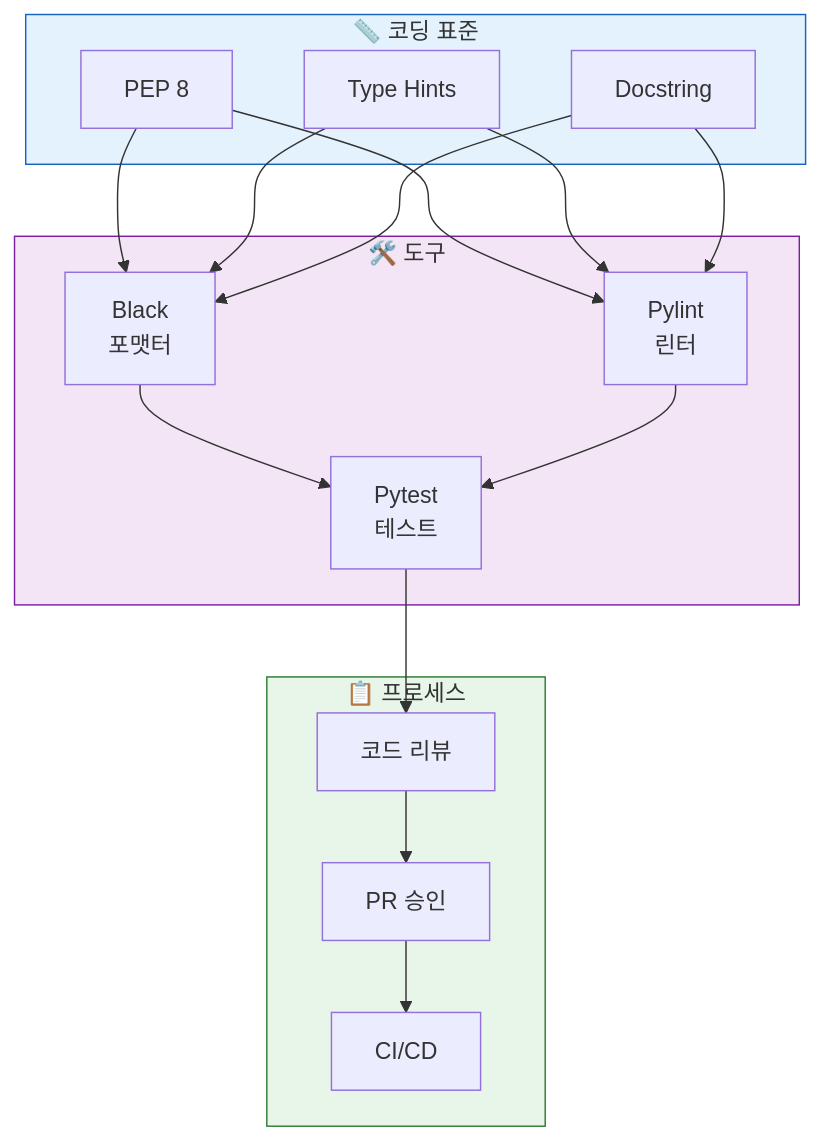
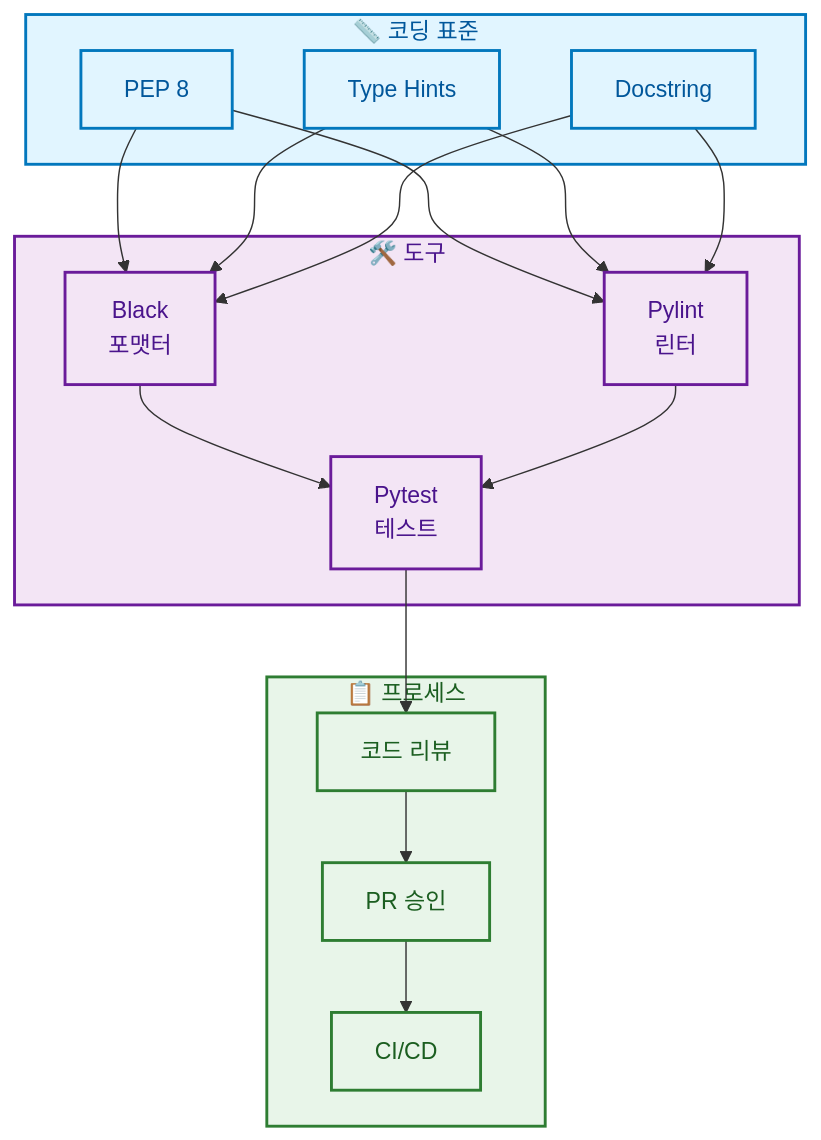
Before and after one commit to AIBootcamp14/langchainproject-new-langchainproject_5: the sixth of 6 diagrams in docs/PPT/03_개발_및_구현.md, drawn with Mermaid. The commit also changed other lines of this file and 5 other files, not shown here.

First line of the commit message:
style(docs): PPT 문서에 mermaid 스타일 가이드 적용

````diff
--- a/docs/PPT/03_개발_및_구현.md
+++ b/docs/PPT/03_개발_및_구현.md
@@ -371,28 +420,40 @@
 ```mermaid
 graph TB
     subgraph Standards["📏 코딩 표준"]
         S1[PEP 8]
         S2[Type Hints]
         S3[Docstring]
     end
 
     subgraph Tools["🛠️ 도구"]
         T1[Black<br/>포맷터]
         T2[Pylint<br/>린터]
         T3[Pytest<br/>테스트]
     end
 
     subgraph Process["📋 프로세스"]
         P1[코드 리뷰]
         P2[PR 승인]
         P3[CI/CD]
     end
 
     S1 & S2 & S3 --> T1 & T2
     T1 & T2 --> T3
     T3 --> P1 --> P2 --> P3
 
-    style Standards fill:#e3f2fd,stroke:#1565c0
-    style Tools fill:#f3e5f5,stroke:#7b1fa2
-    style Process fill:#e8f5e9,stroke:#2e7d32
+    style Standards fill:#e1f5ff,stroke:#0277bd,stroke-width:2px,color:#01579b
+    style Tools fill:#f3e5f5,stroke:#6a1b9a,stroke-width:2px,color:#4a148c
+    style Process fill:#e8f5e9,stroke:#2e7d32,stroke-width:2px,color:#1b5e20
+
+    style S1 fill:#e1f5ff,stroke:#0277bd,stroke-width:2px,color:#01579b
+    style S2 fill:#e1f5ff,stroke:#0277bd,stroke-width:2px,color:#01579b
+    style S3 fill:#e1f5ff,stroke:#0277bd,stroke-width:2px,color:#01579b
+
+    style T1 fill:#f3e5f5,stroke:#6a1b9a,stroke-width:2px,color:#4a148c
+    style T2 fill:#f3e5f5,stroke:#6a1b9a,stroke-width:2px,color:#4a148c
+    style T3 fill:#f3e5f5,stroke:#6a1b9a,stroke-width:2px,color:#4a148c
+
+    style P1 fill:#e8f5e9,stroke:#2e7d32,stroke-width:2px,color:#1b5e20
+    style P2 fill:#e8f5e9,stroke:#2e7d32,stroke-width:2px,color:#1b5e20
+    style P3 fill:#e8f5e9,stroke:#2e7d32,stroke-width:2px,color:#1b5e20
 ```
````
